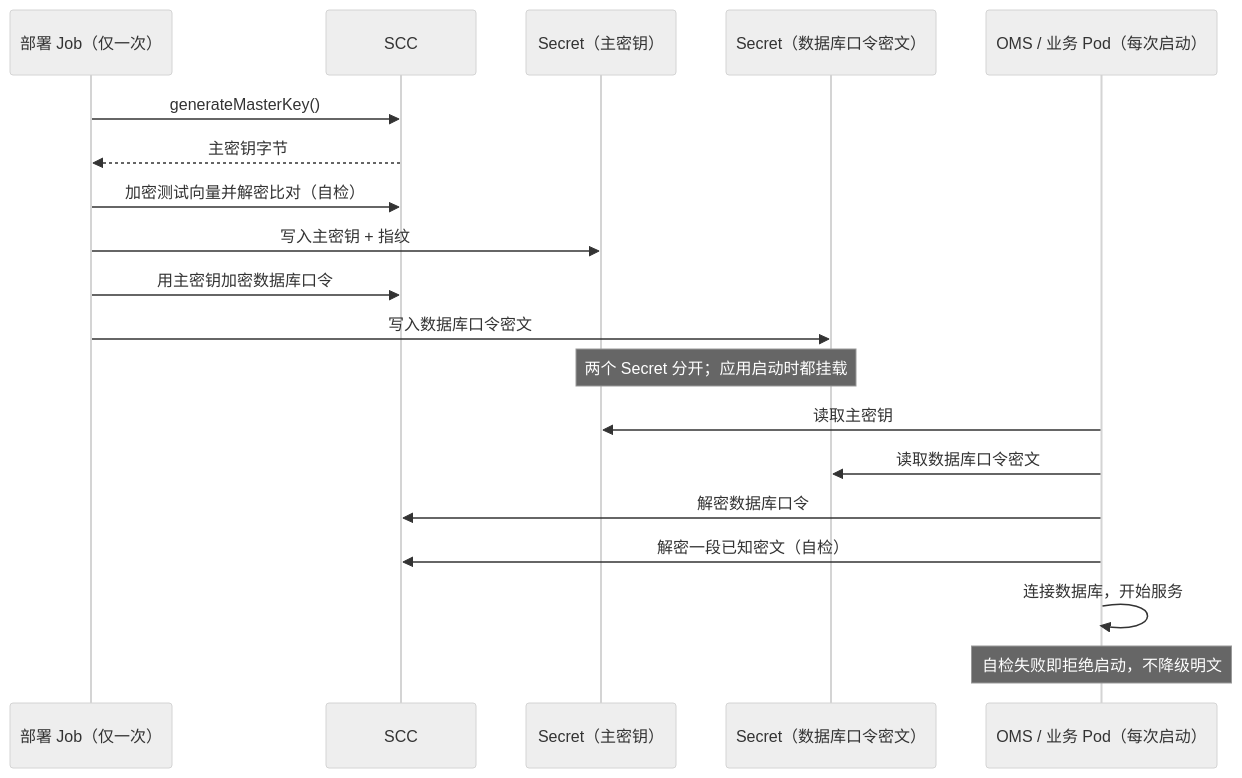
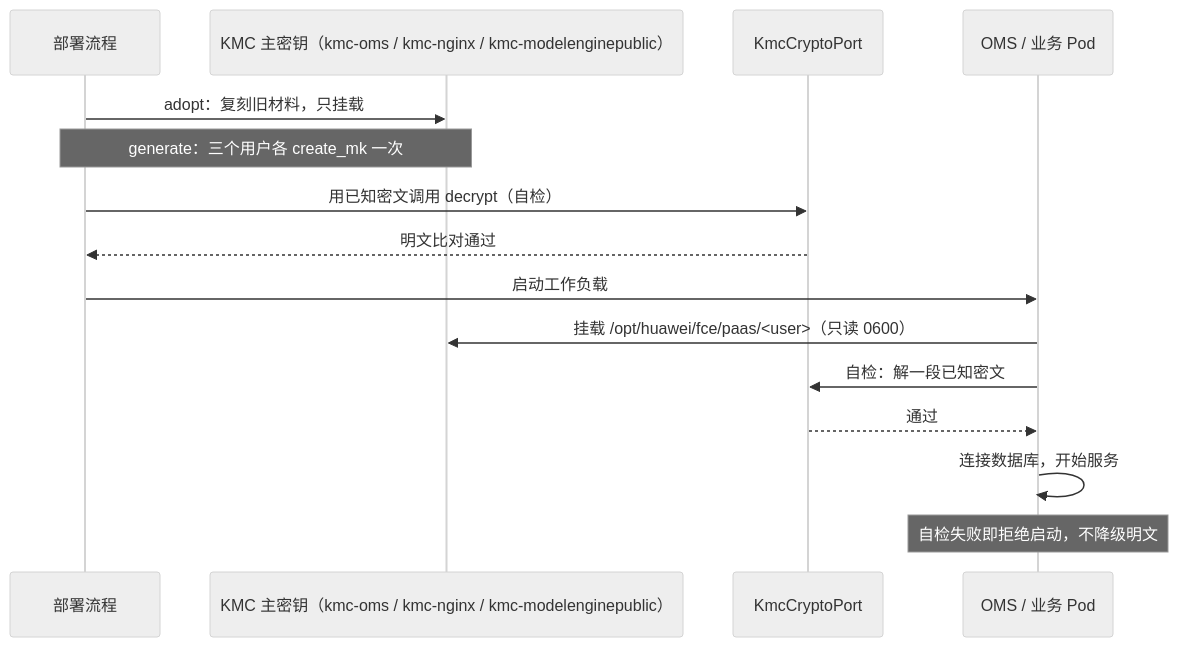
Before and after one commit to HaoruiSong622/OMS: diagram 11 of 15 in design/OMS-总体设计-精炼版.md, drawn with Mermaid (neutral theme). The commit also changed other lines of this file and 2 other files, not shown here.

````diff
--- a/design/OMS-总体设计-精炼版.md
+++ b/design/OMS-总体设计-精炼版.md
@@ -914,21 +941,17 @@
 ```mermaid
 sequenceDiagram
-  participant J as 部署 Job（仅一次）
-  participant S as SCC
-  participant K as Secret（主密钥）
-  participant C as Secret（数据库口令密文）
-  participant P as OMS / 业务 Pod（每次启动）
-  J->>S: generateMasterKey()
-  S-->>J: 主密钥字节
-  J->>S: 加密测试向量并解密比对（自检）
-  J->>K: 写入主密钥 + 指纹
-  J->>S: 用主密钥加密数据库口令
-  J->>C: 写入数据库口令密文
-  Note over K,C: 两个 Secret 分开；应用启动时都挂载
-  P->>K: 读取主密钥
-  P->>C: 读取数据库口令密文
-  P->>S: 解密数据库口令
-  P->>S: 解密一段已知密文（自检）
+  participant J as 部署流程
+  participant K as KMC 主密钥（kmc-oms / kmc-nginx / kmc-modelenginepublic）
+  participant C as KmcCryptoPort
+  participant P as OMS / 业务 Pod
+  J->>K: adopt：复刻旧材料，只挂载
+  Note over J,K: generate：三个用户各 create_mk 一次
+  J->>C: 用已知密文调用 decrypt（自检）
+  C-->>J: 明文比对通过
+  J->>P: 启动工作负载
+  P->>K: 挂载 /opt/huawei/fce/paas/<user>（只读 0600）
+  P->>C: 自检：解一段已知密文
+  C-->>P: 通过
   P->>P: 连接数据库，开始服务
   Note over P: 自检失败即拒绝启动，不降级明文
 ```
````
